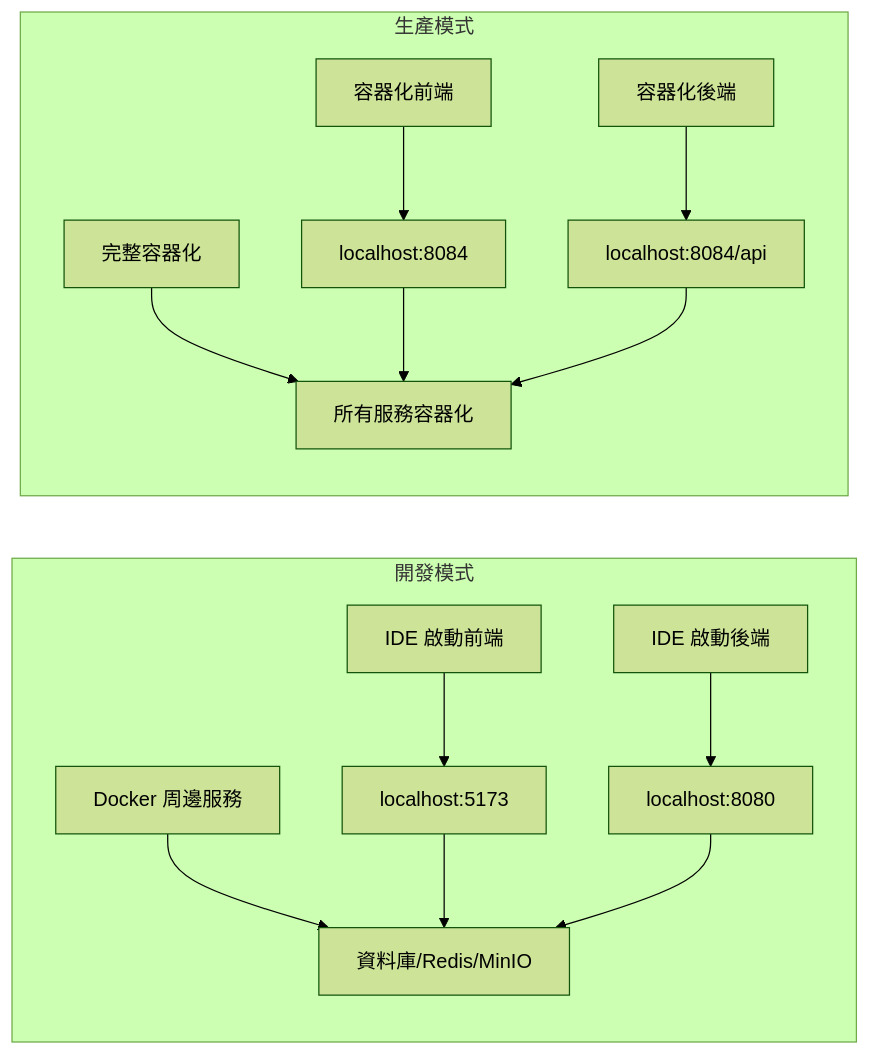
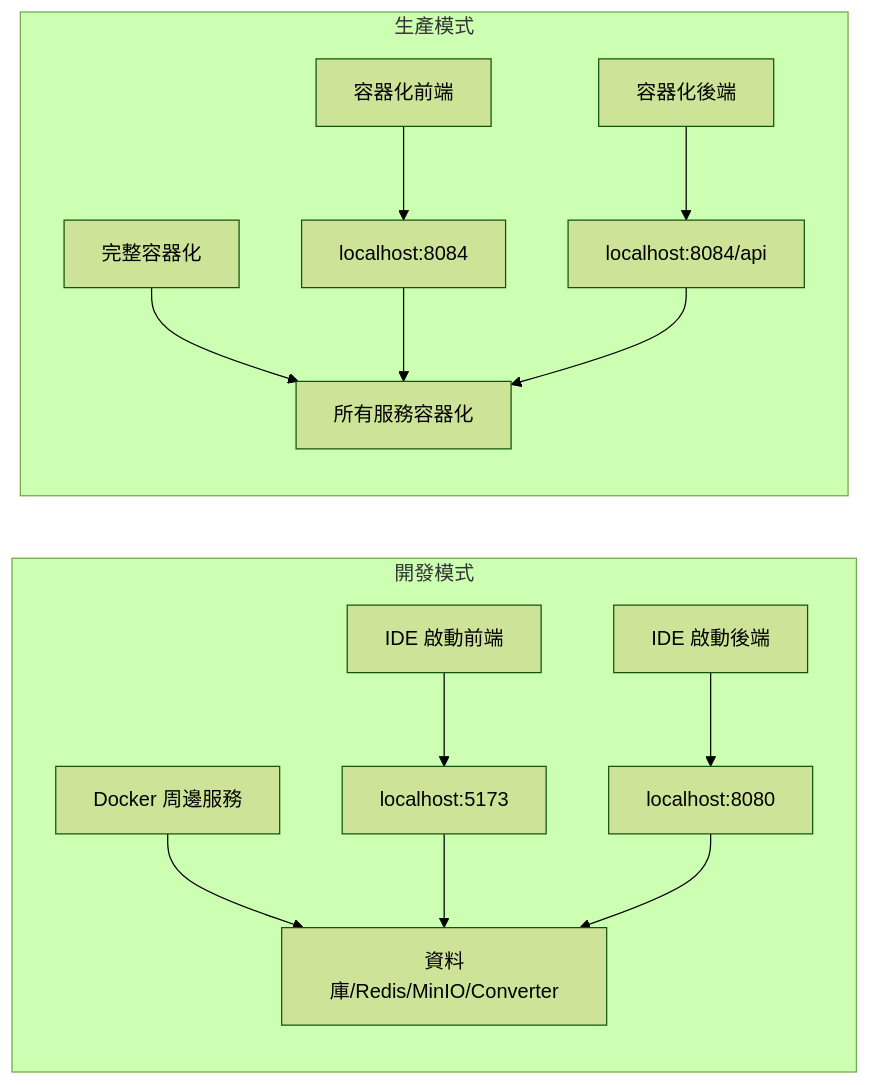
Before and after one commit to mike504110403/stream-demo: the fourth of 4 diagrams in README.md, drawn with Mermaid (forest theme). The commit also changed other lines of this file and 88 other files, not shown here.

````diff
--- a/README.md
+++ b/README.md
@@ -113,19 +147,19 @@
 ```mermaid
 graph LR
     subgraph "開發模式"
         A1[IDE 啟動前端] --> B1[localhost:5173]
         A2[IDE 啟動後端] --> B2[localhost:8080]
-        C1[Docker 周邊服務] --> D1[資料庫/Redis/MinIO]
+        C1[Docker 周邊服務] --> D1[資料庫/Redis/MinIO/Converter]
     end
     
     subgraph "生產模式"
         E1[容器化前端] --> F1[localhost:8084]
         E2[容器化後端] --> F2[localhost:8084/api]
         G1[完整容器化] --> H1[所有服務容器化]
     end
     
     B1 --> D1
     B2 --> D1
     F1 --> H1
     F2 --> H1
 ```
````
